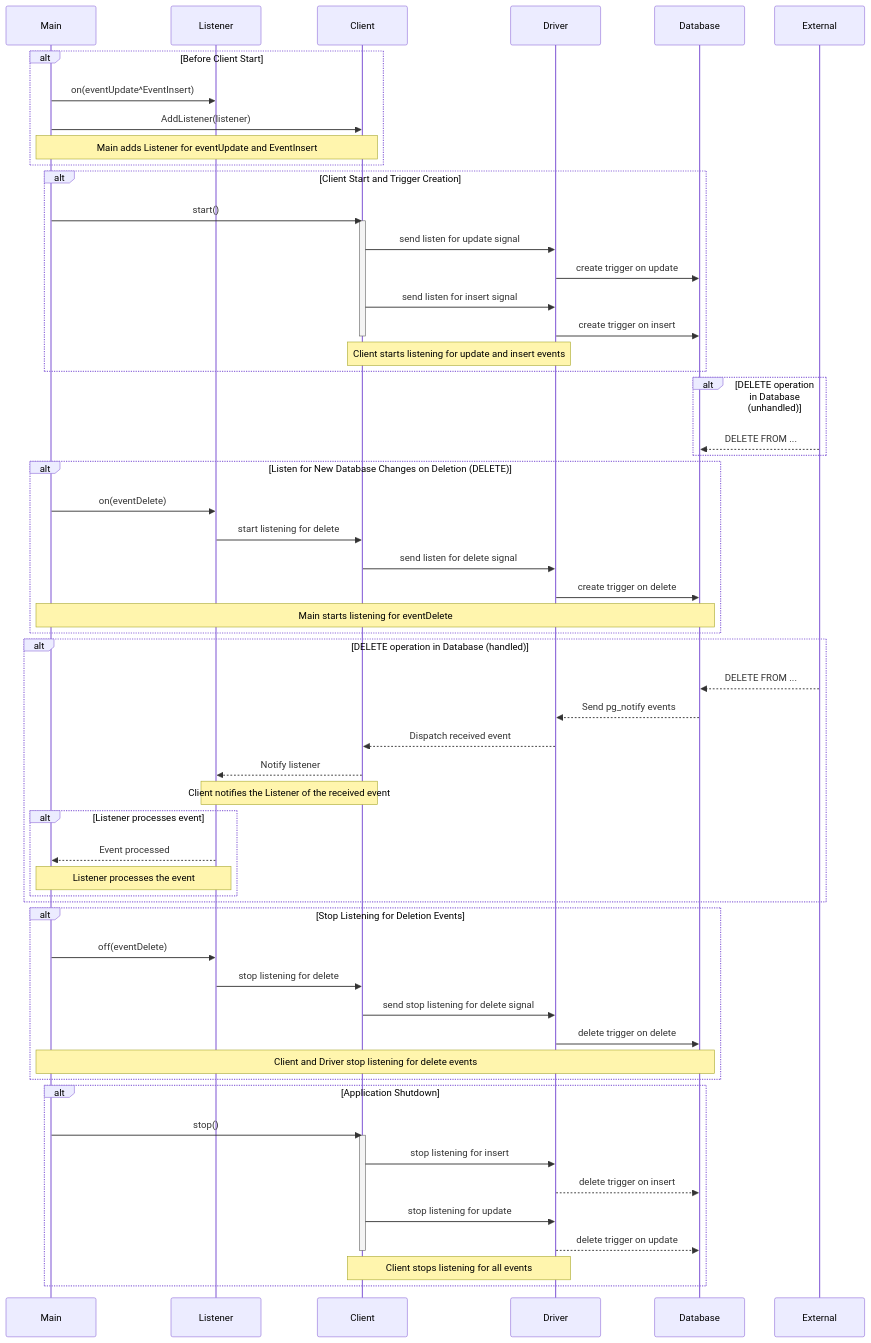
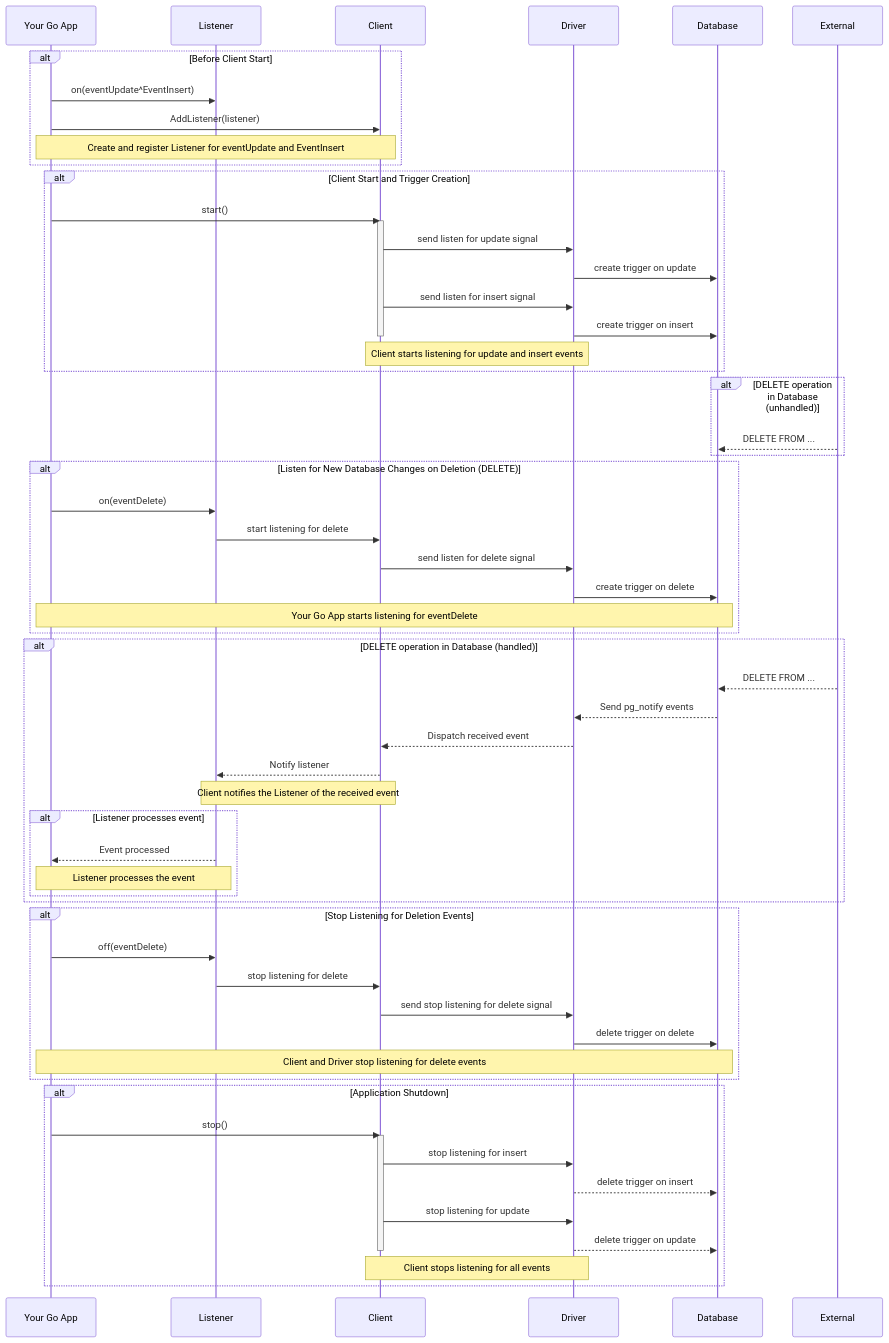
Before and after one commit to quix-labs/flash: the diagram in WORKFLOW.md, drawn with Mermaid.

Commit message:
workflow update

````diff
--- a/WORKFLOW.md
+++ b/WORKFLOW.md
@@ -1,69 +1,69 @@
 ```mermaid
 sequenceDiagram
-    participant Main
+    participant Your Go App
     participant Listener
     participant Client
     participant Driver
     participant Database
     participant External
 
     alt Before Client Start
-        Main->>Listener: on(eventUpdate^EventInsert)
-        Main->>Client: AddListener(listener)
-        Note over Main, Client: Main adds Listener for eventUpdate and EventInsert
+        Your Go App->>Listener: on(eventUpdate^EventInsert)
+        Your Go App->>Client: AddListener(listener)
+        Note over Your Go App, Client: Create and register Listener for eventUpdate and EventInsert
     end
 
     alt Client Start and Trigger Creation
-        Main->>Client: start()
+        Your Go App->>Client: start()
         activate Client
         Client->>Driver: send listen for update signal
         Driver->>Database: create trigger on update
         Client->>Driver: send listen for insert signal
         Driver->>Database: create trigger on insert
         deactivate Client
         Note over Client, Driver: Client starts listening for update and insert events
     end
 
     alt DELETE operation in Database (unhandled)
         External-->>Database: DELETE FROM ...
     end
 
     alt Listen for New Database Changes on Deletion (DELETE)
-        Main->>Listener: on(eventDelete)
+        Your Go App->>Listener: on(eventDelete)
         Listener->>Client: start listening for delete
         Client->>Driver: send listen for delete signal
         Driver->>Database: create trigger on delete
-        Note over Main, Database: Main starts listening for eventDelete
+        Note over Your Go App, Database: Your Go App starts listening for eventDelete
     end
 
     alt DELETE operation in Database (handled)
         External-->>Database: DELETE FROM ...
         Database-->>Driver: Send pg_notify events
         Driver-->>Client: Dispatch received event
         Client-->>Listener: Notify listener
         Note over Client, Listener: Client notifies the Listener of the received event
         alt Listener processes event
-            Listener-->>Main: Event processed
-            Note over Listener, Main: Listener processes the event
+            Listener-->>Your Go App: Event processed
+            Note over Listener, Your Go App: Listener processes the event
         end
     end
 
     alt Stop Listening for Deletion Events
-        Main->>Listener: off(eventDelete)
+        Your Go App->>Listener: off(eventDelete)
         Listener->>Client: stop listening for delete
         Client->>Driver: send stop listening for delete signal
         Driver->>Database: delete trigger on delete
-        Note over Main, Database: Client and Driver stop listening for delete events
+        Note over Your Go App, Database: Client and Driver stop listening for delete events
     end
 
     alt Application Shutdown
-        Main->>Client: stop()
+        Your Go App->>Client: stop()
         activate Client
         Client->>Driver: stop listening for insert
         Driver-->>Database: delete trigger on insert
         Client->>Driver: stop listening for update
         Driver-->>Database: delete trigger on update
         deactivate Client
         Note over Client, Driver: Client stops listening for all events
     end
 ```
````
